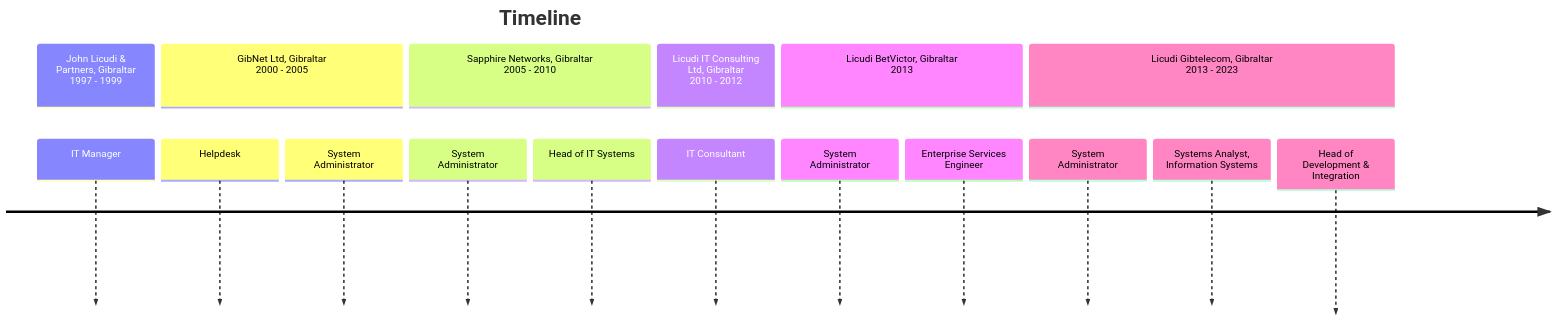
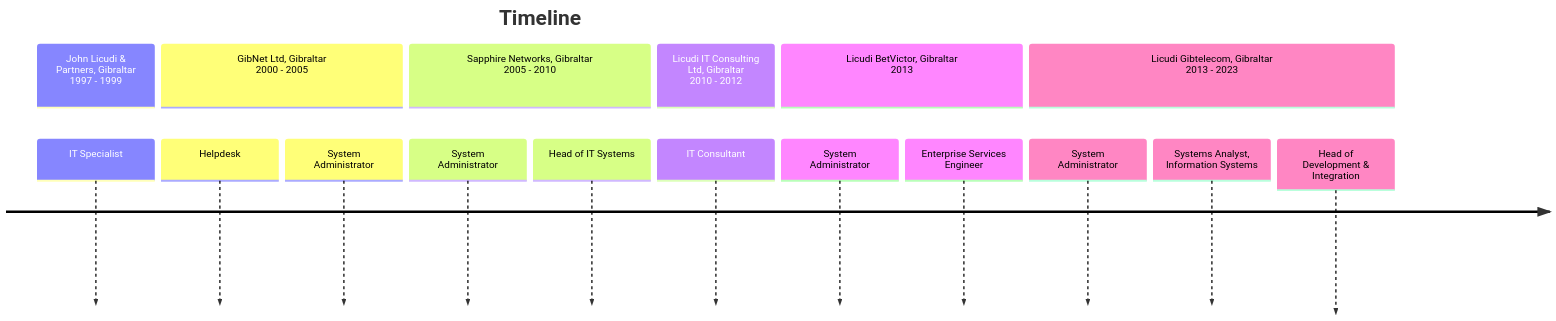
One commit to dlicudi/dlicudi.github.io changed the diagram in docs/cv.md. Above: the diagram before and after it, drawn with Mermaid. The commit also changed other lines of this file, not shown here.

Commit message:
Changed JLP job title to reflect more closely with activities

````diff
--- a/docs/cv.md
+++ b/docs/cv.md
@@ -18,22 +18,22 @@
 ``` mermaid
 timeline
         title Timeline
         section John Licudi & Partners, Gibraltar <br> 1997 - 1999
-          IT Manager
+          IT Specialist
         section GibNet Ltd, Gibraltar <br> 2000 - 2005
           Helpdesk
           System Administrator
         section Sapphire Networks, Gibraltar <br> 2005 - 2010
           System Administrator
           Head of IT Systems
         section Licudi IT Consulting Ltd, Gibraltar <br> 2010 - 2012
           IT Consultant
         section Licudi BetVictor, Gibraltar <br> 2013
           System Administrator
           Enterprise Services Engineer
         section Licudi Gibtelecom, Gibraltar <br> 2013 - 2023
           System Administrator
           Systems Analyst, Information Systems
           Head of Development & Integration
 
 ```
````
